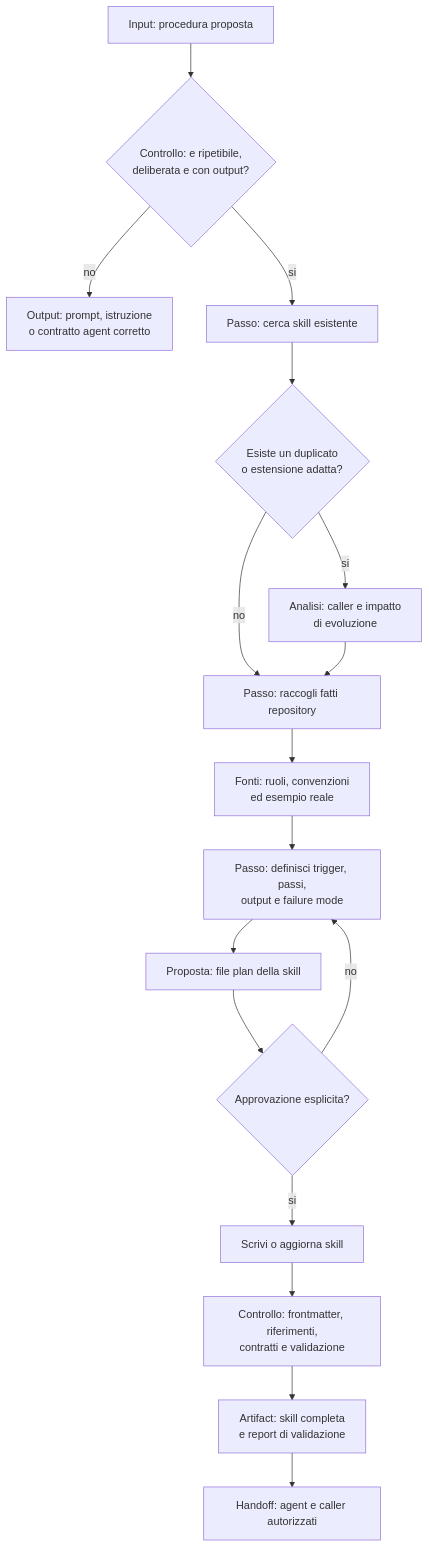
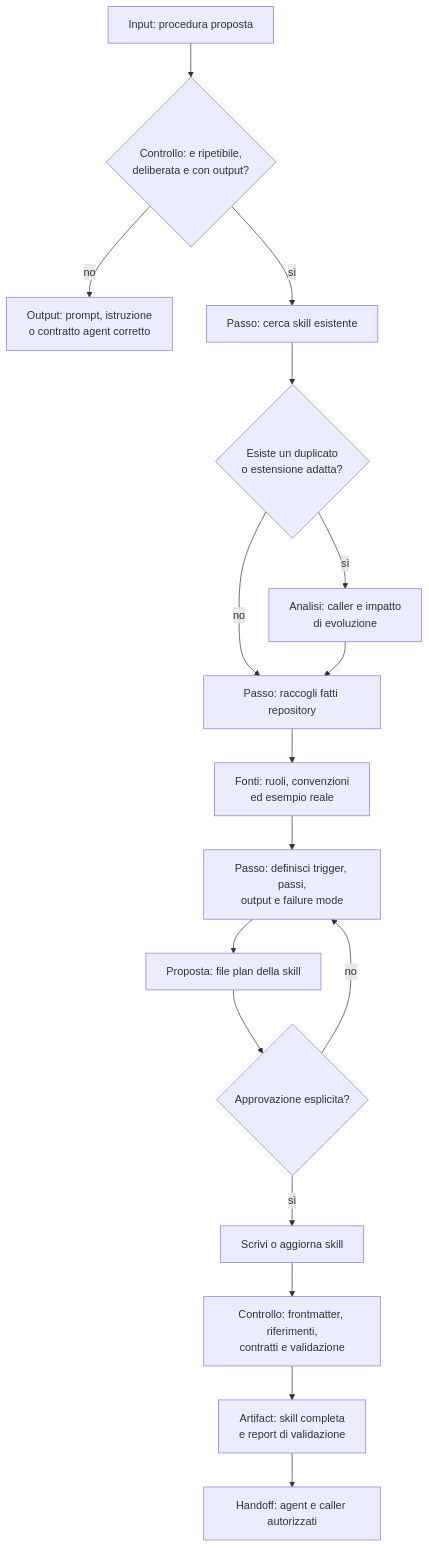
The diagram in role-maps/skills/author-repo-skill.md (violabg/agentic-system-lessons), drawn with Mermaid before and after one commit. The commit also changed other lines of this file and 51 other files, not shown here.

````diff
--- a/role-maps/skills/author-repo-skill.md
+++ b/role-maps/skills/author-repo-skill.md
@@ -15,19 +17,19 @@
 ```mermaid
 flowchart TD
     Procedure[Input: procedura proposta] --> G0{Controllo: e ripetibile,<br/>deliberata e con output?}
     G0 -->|no| Home[Output: prompt, istruzione<br/>o contratto agent corretto]
-    G0 -->|si| G1[Passo: cerca skill esistente]
+    G0 -->|sì| G1[Passo: cerca skill esistente]
     G1 --> Duplicate{Esiste un duplicato<br/>o estensione adatta?}
-    Duplicate -->|si| Evolve[Analisi: caller e impatto<br/>di evoluzione]
+    Duplicate -->|sì| Evolve[Analisi: caller e impatto<br/>di evoluzione]
     Duplicate -->|no| Gather[Passo: raccogli fatti repository]
     Evolve --> Gather
     Gather --> Facts[Fonti: ruoli, convenzioni<br/>ed esempio reale]
     Facts --> Shape[Passo: definisci trigger, passi,<br/>output e failure mode]
     Shape --> Proposal[Proposta: file plan della skill]
     Proposal --> Approval{Approvazione esplicita?}
     Approval -->|no| Shape
-    Approval -->|si| Write[Scrivi o aggiorna skill]
+    Approval -->|sì| Write[Scrivi o aggiorna skill]
     Write --> Validate[Controllo: frontmatter, riferimenti,<br/>contratti e validazione]
     Validate --> Skill[Artifact: skill completa<br/>e report di validazione]
     Skill --> Handoff[Handoff: agent e caller autorizzati]
 ```
````
